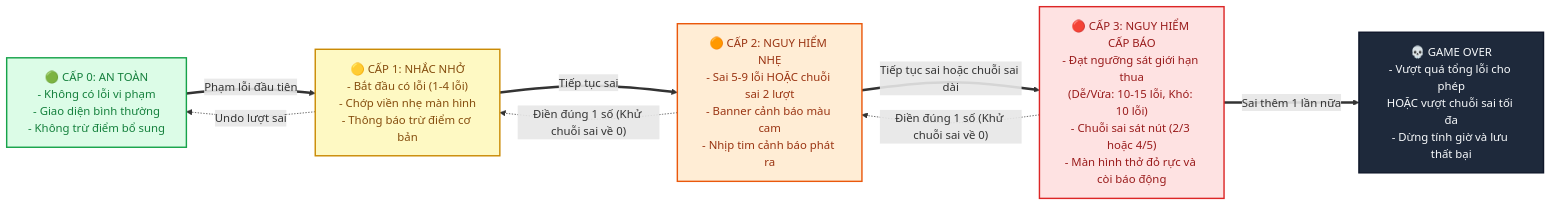
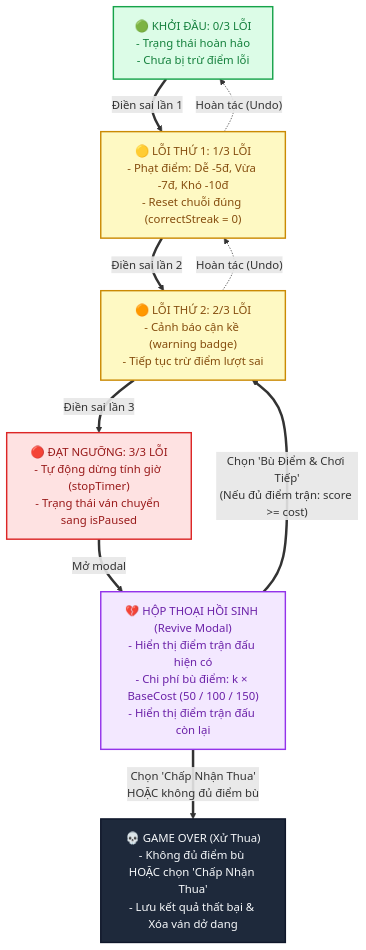
One commit to Jhanh/Sudoku_game changed the third of 3 diagrams in docs/02_game_state_lifecycle.md. Above: the diagram before and after it, drawn with Mermaid. The commit also changed other lines of this file and 15 other files, not shown here.

Commit message:
feat: redesign 3-mistake life pool, revive system, profile hint purchase and devtools score cheats

````diff
--- a/docs/02_game_state_lifecycle.md
+++ b/docs/02_game_state_lifecycle.md
@@ -119,33 +119,35 @@
 ```mermaid
-flowchart LR
+flowchart TD
     classDef safe fill:#DCFCE7,stroke:#16A34A,stroke-width:2px,color:#15803D;
-    classDef stage1 fill:#FEF9C3,stroke:#CA8A04,stroke-width:2px,color:#854D0E;
-    classDef stage2 fill:#FFEDD5,stroke:#EA580C,stroke-width:2px,color:#9A3412;
-    classDef stage3 fill:#FEE2E2,stroke:#DC2626,stroke-width:2px,color:#991B1B;
+    classDef warn fill:#FEF9C3,stroke:#CA8A04,stroke-width:2px,color:#854D0E;
+    classDef alert fill:#FEE2E2,stroke:#DC2626,stroke-width:2px,color:#991B1B;
+    classDef modal fill:#F3E8FF,stroke:#9333EA,stroke-width:2px,color:#6B21A8;
     classDef finish fill:#1E293B,stroke:#0F172A,stroke-width:2px,color:#F8FAFC;
 
-    ST_SAFE["🟢 CẤP 0: AN TOÀN<br/>- Không có lỗi vi phạm<br/>- Giao diện bình thường<br/>- Không trừ điểm bổ sung"]
-    
-    ST_MILD["🟡 CẤP 1: NHẮC NHỞ<br/>- Bắt đầu có lỗi (1-4 lỗi)<br/>- Chớp viền nhẹ màn hình<br/>- Thông báo trừ điểm cơ bản"]
-    
-    ST_WARN["🟠 CẤP 2: NGUY HIỂM NHẸ<br/>- Sai 5-9 lỗi HOẶC chuỗi sai 2 lượt<br/>- Banner cảnh báo màu cam<br/>- Nhịp tim cảnh báo phát ra"]
-    
-    ST_CRIT["🔴 CẤP 3: NGUY HIỂM CẤP BÁO<br/>- Đạt ngưỡng sát giới hạn thua<br/>(Dễ/Vừa: 10-15 lỗi, Khó: 10 lỗi)<br/>- Chuỗi sai sát nút (2/3 hoặc 4/5)<br/>- Màn hình thở đỏ rực và còi báo động"]
+    M0["🟢 KHỞI ĐẦU: 0/3 LỖI<br/>- Trạng thái hoàn hảo<br/>- Chưa bị trừ điểm lỗi"]
+    M1["🟡 LỖI THỨ 1: 1/3 LỖI<br/>- Phạt điểm: Dễ -5đ, Vừa -7đ, Khó -10đ<br/>- Reset chuỗi đúng (correctStreak = 0)"]
+    M2["🟠 LỖI THỨ 2: 2/3 LỖI<br/>- Cảnh báo cận kề (warning badge)<br/>- Tiếp tục trừ điểm lượt sai"]
+    M3["🔴 ĐẠT NGƯỠNG: 3/3 LỖI<br/>- Tự động dừng tính giờ (stopTimer)<br/>- Trạng thái ván chuyển sang isPaused"]
 
-    ST_DEAD["💀 GAME OVER<br/>- Vượt quá tổng lỗi cho phép<br/>HOẶC vượt chuỗi sai tối đa<br/>- Dừng tính giờ và lưu thất bại"]
+    MODAL_REVIVE["💔 HỘP THOẠI HỒI SINH (Revive Modal)<br/>- Hiển thị điểm trận đấu hiện có<br/>- Chi phí bù điểm: k × BaseCost (50 / 100 / 150)<br/>- Hiển thị điểm trận đấu còn lại"]
 
-    ST_SAFE ==>|"Phạm lỗi đầu tiên"| ST_MILD
-    ST_MILD ==>|"Tiếp tục sai"| ST_WARN
-    ST_WARN ==>|"Tiếp tục sai hoặc chuỗi sai dài"| ST_CRIT
-    ST_CRIT ==>|"Sai thêm 1 lần nữa"| ST_DEAD
+    GAME_OVER["💀 GAME OVER (Xử Thua)<br/>- Không đủ điểm bù HOẶC chọn 'Chấp Nhận Thua'<br/>- Lưu kết quả thất bại & Xóa ván dở dang"]
 
-    ST_WARN -. "Điền đúng 1 số (Khử chuỗi sai về 0)" .-> ST_MILD
-    ST_CRIT -. "Điền đúng 1 số (Khử chuỗi sai về 0)" .-> ST_WARN
-    ST_MILD -. "Undo lượt sai" .-> ST_SAFE
+    M0 ==>|"Điền sai lần 1"| M1
+    M1 ==>|"Điền sai lần 2"| M2
+    M2 ==>|"Điền sai lần 3"| M3
+    M3 ==>|"Mở modal"| MODAL_REVIVE
 
-    class ST_SAFE safe;
-    class ST_MILD stage1;
-    class ST_WARN stage2;
-    class ST_CRIT stage3;
-    class ST_DEAD finish;
+    MODAL_REVIVE ==>|"Chọn 'Bù Điểm & Chơi Tiếp'<br/>(Nếu đủ điểm trận: score >= cost)"| M2
+    MODAL_REVIVE ==>|"Chọn 'Chấp Nhận Thua'<br/>HOẶC không đủ điểm bù"| GAME_OVER
+
+    M1 -. "Hoàn tác (Undo)" .-> M0
+    M2 -. "Hoàn tác (Undo)" .-> M1
+
+    class M0 safe;
+    class M1 warn;
+    class M2 warn;
+    class M3 alert;
+    class MODAL_REVIVE modal;
+    class GAME_OVER finish;
 ```
````
